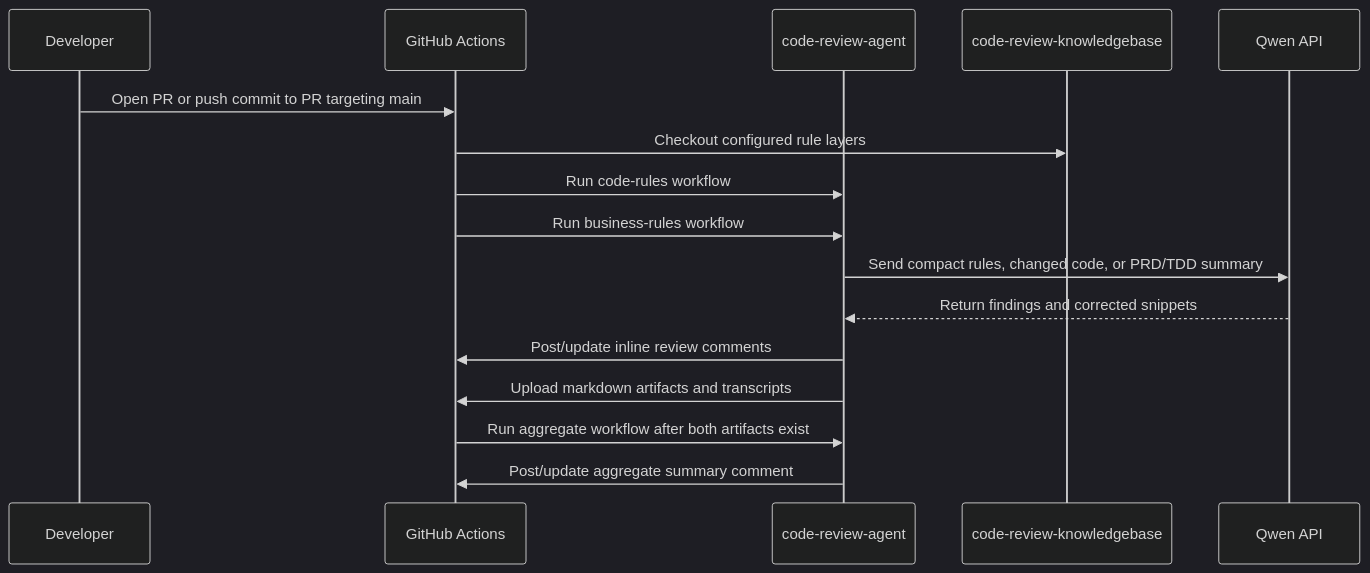
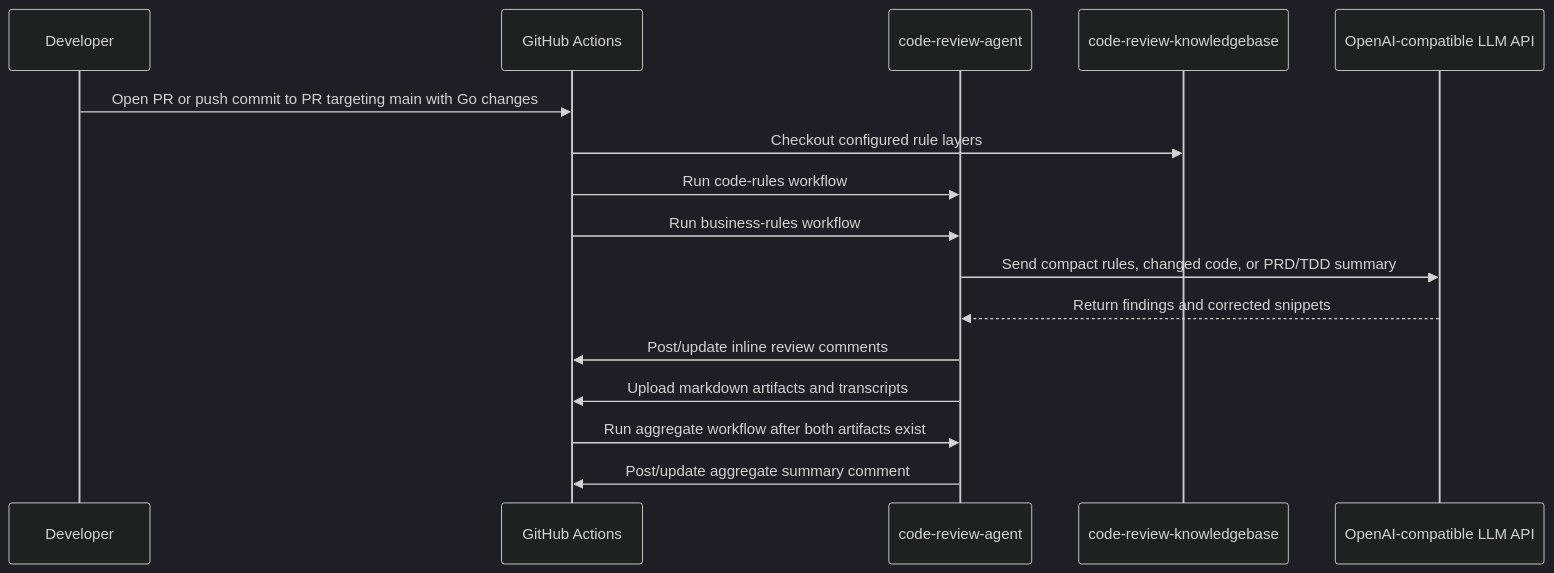
One commit to laughingkid-sg/code-review-demo changed the second of 2 diagrams in README.md. Above: the diagram before and after it, drawn with Mermaid (dark theme). The commit also changed other lines of this file and 2 other files, not shown here.

````diff
--- a/README.md
+++ b/README.md
@@ -45,18 +58,18 @@
 ```mermaid
 sequenceDiagram
   participant Dev as Developer
   participant GH as GitHub Actions
   participant Agent as code-review-agent
   participant KB as code-review-knowledgebase
-  participant LLM as Qwen API
-  Dev->>GH: Open PR or push commit to PR targeting main
+  participant LLM as OpenAI-compatible LLM API
+  Dev->>GH: Open PR or push commit to PR targeting main with Go changes
   GH->>KB: Checkout configured rule layers
   GH->>Agent: Run code-rules workflow
   GH->>Agent: Run business-rules workflow
   Agent->>LLM: Send compact rules, changed code, or PRD/TDD summary
   LLM-->>Agent: Return findings and corrected snippets
   Agent->>GH: Post/update inline review comments
   Agent->>GH: Upload markdown artifacts and transcripts
   GH->>Agent: Run aggregate workflow after both artifacts exist
   Agent->>GH: Post/update aggregate summary comment
 ```
````
